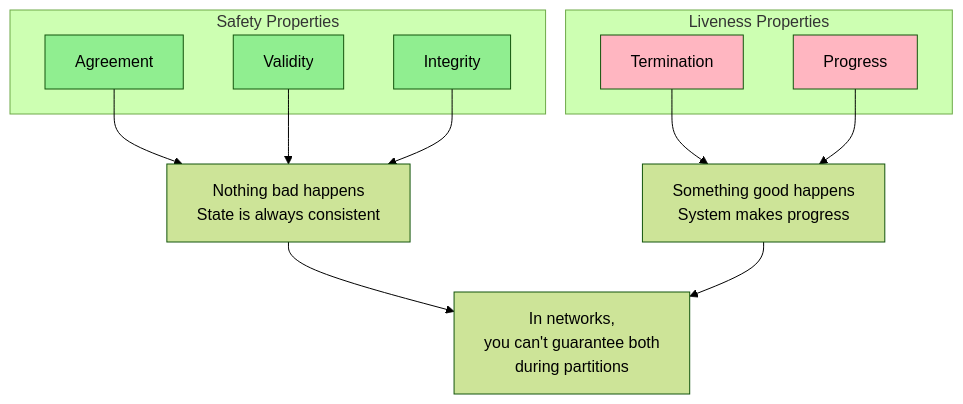
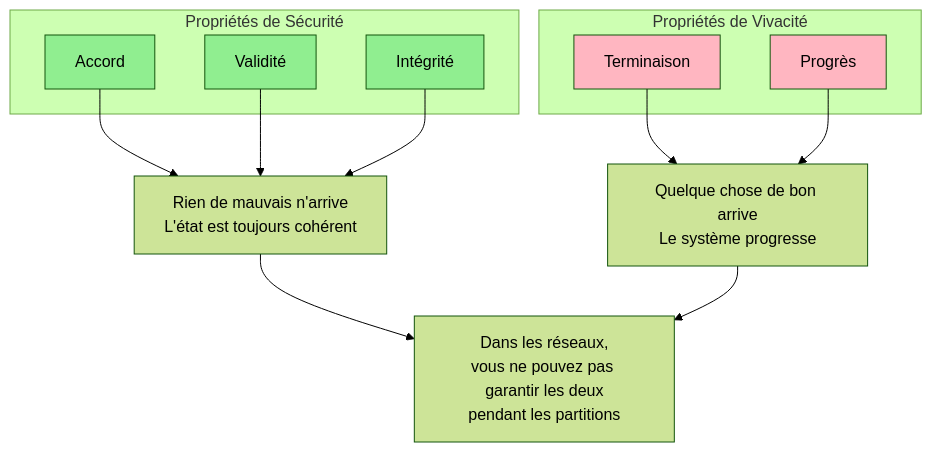
Before and after one commit to dardourimohamed/distributed-systems-course: the second of 9 diagrams in src/consensus/11-what-is-consensus.md, drawn with Mermaid (forest theme). The commit also changed other lines of this file and 38 other files, not shown here.

````diff
--- a/src/consensus/11-what-is-consensus.md
+++ b/src/consensus/11-what-is-consensus.md
@@ -85,27 +89,27 @@
 ```mermaid
 graph TB
-    subgraph "Safety Properties"
-        S1[Agreement]
-        S2[Validity]
-        S3[Integrity]
+    subgraph "Propriétés de Sécurité"
+        S1[Accord]
+        S2[Validité]
+        S3[Intégrité]
         style S1 fill:#90EE90
         style S2 fill:#90EE90
         style S3 fill:#90EE90
     end
 
-    subgraph "Liveness Properties"
-        L1[Termination]
-        L2[Progress]
+    subgraph "Propriétés de Vivacité"
+        L1[Terminaison]
+        L2[Progrès]
         style L1 fill:#FFB6C1
         style L2 fill:#FFB6C1
     end
 
-    Safety["Nothing bad happens<br/>State is always consistent"]
-    Liveness["Something good happens<br/>System makes progress"]
+    Safety["Rien de mauvais n'arrive<br/>L'état est toujours cohérent"]
+    Liveness["Quelque chose de bon arrive<br/>Le système progresse"]
 
     S1 & S2 & S3 --> Safety
     L1 & L2 --> Liveness
 
-    Safety --> Tradeoff["In networks,<br/>you can't guarantee both<br/>during partitions"]
+    Safety --> Tradeoff["Dans les réseaux,<br/>vous ne pouvez pas garantir les deux<br/>pendant les partitions"]
     Liveness --> Tradeoff
 ```
````
